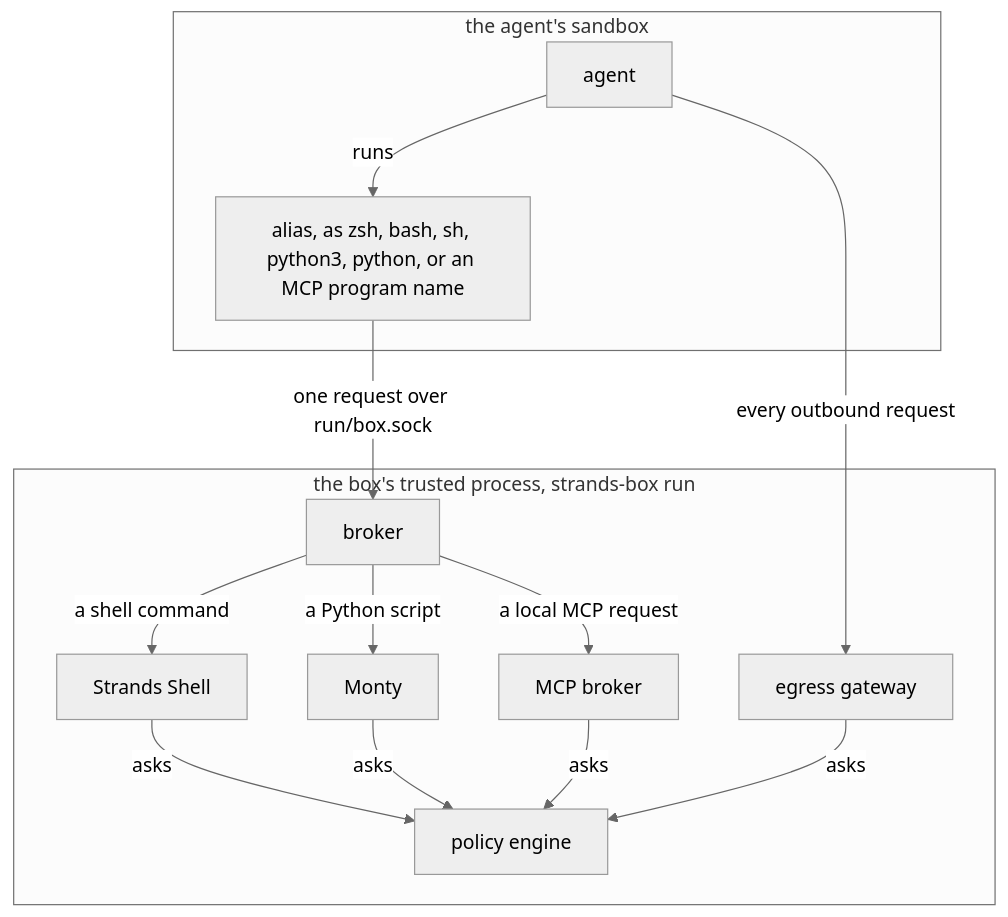
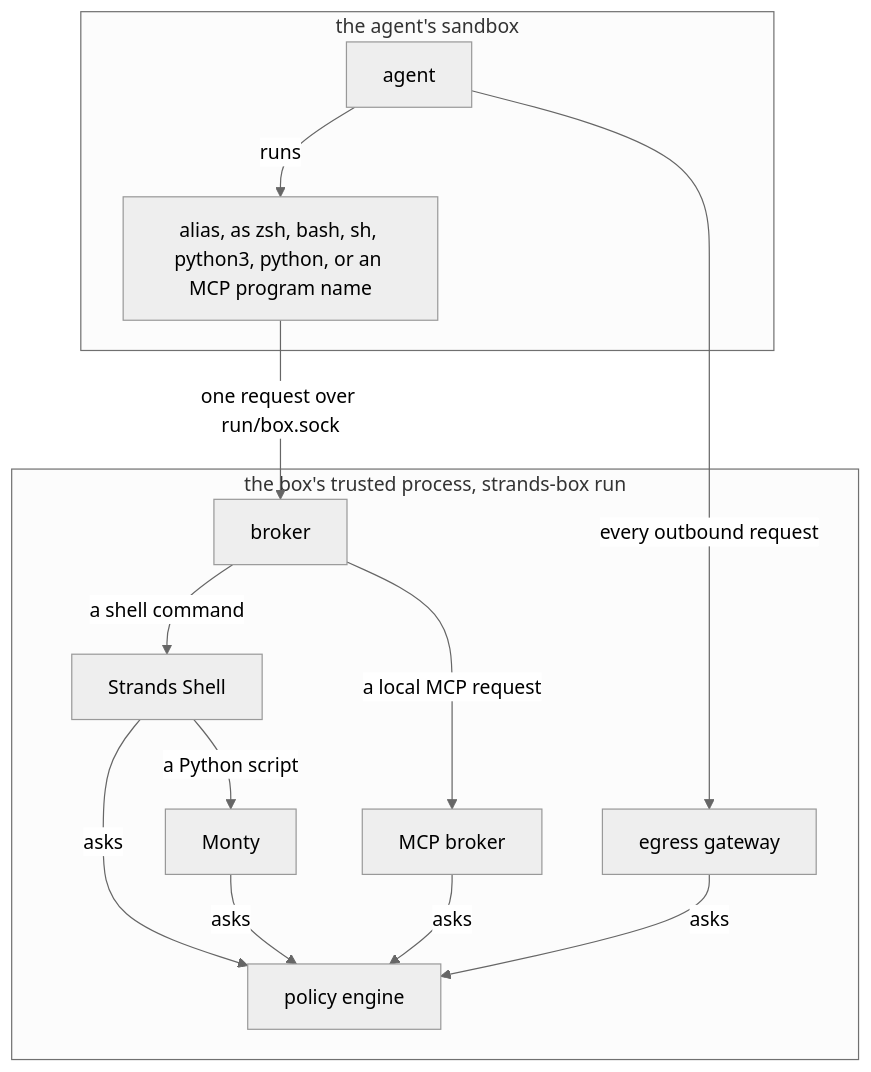
One commit to strands-agents/box changed the first of 2 diagrams in docs/design/architecture.md. Above: the diagram before and after it, drawn with Mermaid (neutral theme). The commit also changed other lines of this file and 17 other files, not shown here.

Commit message:
feat(box): send python3 and each alias's folder to the shell (#417)

````diff
--- a/docs/design/architecture.md
+++ b/docs/design/architecture.md
@@ -181,25 +181,25 @@
 ```mermaid
 flowchart TD
     subgraph agentbox["the agent's sandbox"]
         agent["agent"]
         alias["alias, as zsh, bash, sh, python3, python, or an MCP program name"]
     end
     subgraph trusted["the box's trusted process, strands-box run"]
         broker["broker"]
         shell["Strands Shell"]
         monty["Monty"]
         mcp["MCP broker"]
         gateway["egress gateway"]
         policy["policy engine"]
     end
     agent -->|"runs"| alias
     alias -->|"one request over run/box.sock"| broker
     agent -->|"every outbound request"| gateway
     broker -->|"a shell command"| shell
-    broker -->|"a Python script"| monty
+    shell -->|"a Python script"| monty
     broker -->|"a local MCP request"| mcp
     shell -->|"asks"| policy
     monty -->|"asks"| policy
     mcp -->|"asks"| policy
     gateway -->|"asks"| policy
 ```
````
